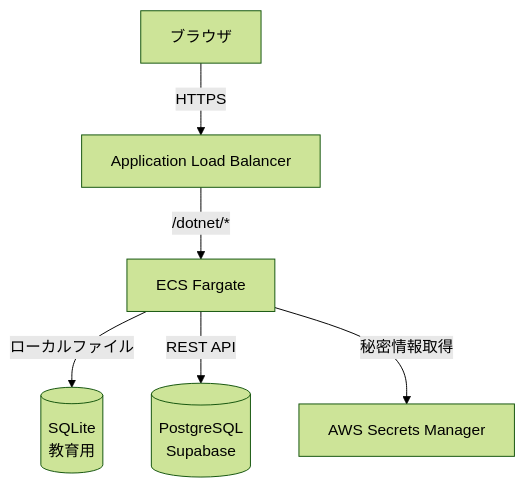
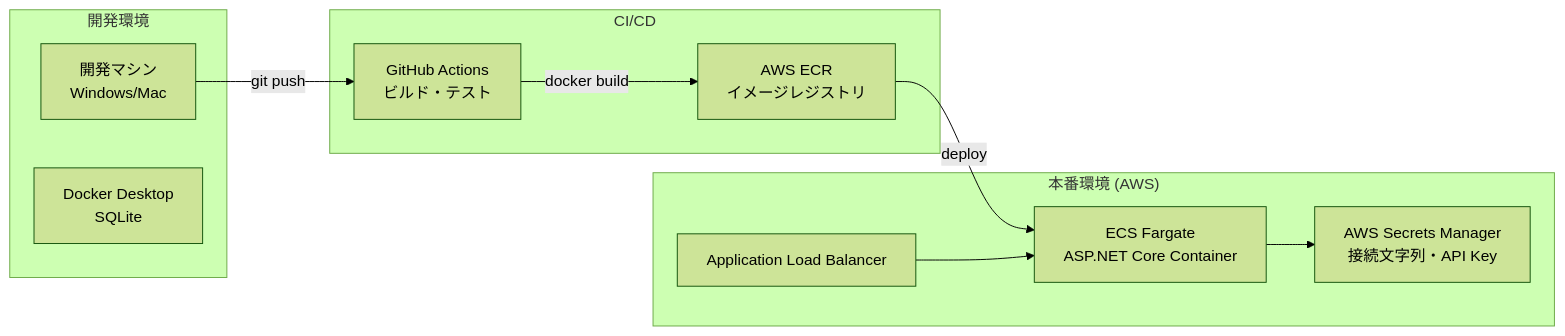
Before and after one commit to RYA234/dotnet_container: the second of 6 diagrams in .github/docs/internal-design/architecture.md, drawn with Mermaid (forest theme). The commit also changed other lines of this file and 22 other files, not shown here.

````diff
--- a/.github/docs/internal-design/architecture.md
+++ b/.github/docs/internal-design/architecture.md
@@ -5,15 +60,24 @@
 ```mermaid
-graph TB
-    Client[ブラウザ]
-    ALB[Application Load Balancer]
-    ECS[ECS Fargate]
-    SQLite[(SQLite<br/>教育用)]
-    Postgres[(PostgreSQL<br/>Supabase)]
-    Secrets[AWS Secrets Manager]
+graph LR
+    subgraph "開発環境"
+        DevMachine[開発マシン<br/>Windows/Mac]
+        DevDocker[Docker Desktop<br/>SQLite]
+    end
 
-    Client -->|HTTPS| ALB
-    ALB -->|/dotnet/*| ECS
-    ECS -->|ローカルファイル| SQLite
-    ECS -->|REST API| Postgres
-    ECS -->|秘密情報取得| Secrets
+    subgraph "CI/CD"
+        GitHub[GitHub Actions<br/>ビルド・テスト]
+        ECR[AWS ECR<br/>イメージレジストリ]
+    end
+
+    subgraph "本番環境 (AWS)"
+        ALB[Application Load Balancer]
+        ECS[ECS Fargate<br/>ASP.NET Core Container]
+        SecretsManager[AWS Secrets Manager<br/>接続文字列・API Key]
+    end
+
+    DevMachine -->|git push| GitHub
+    GitHub -->|docker build| ECR
+    ECR -->|deploy| ECS
+    ALB --> ECS
+    ECS --> SecretsManager
 ```
````
